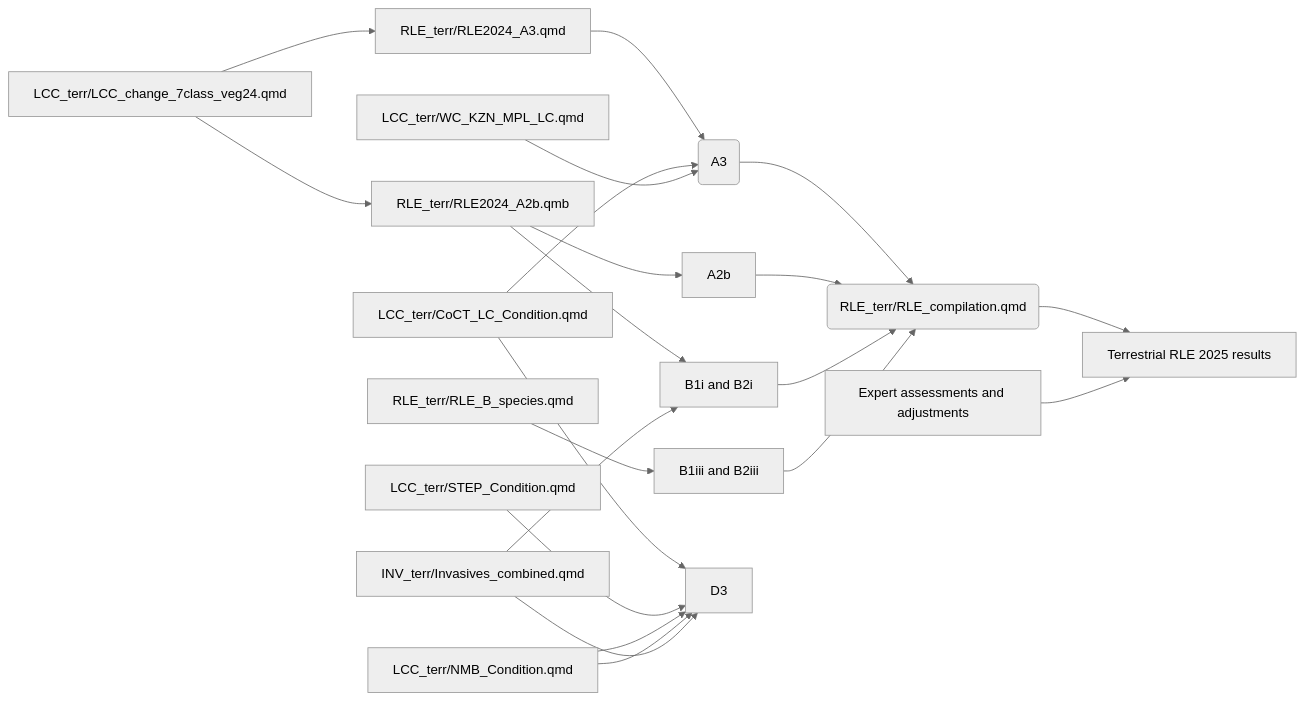
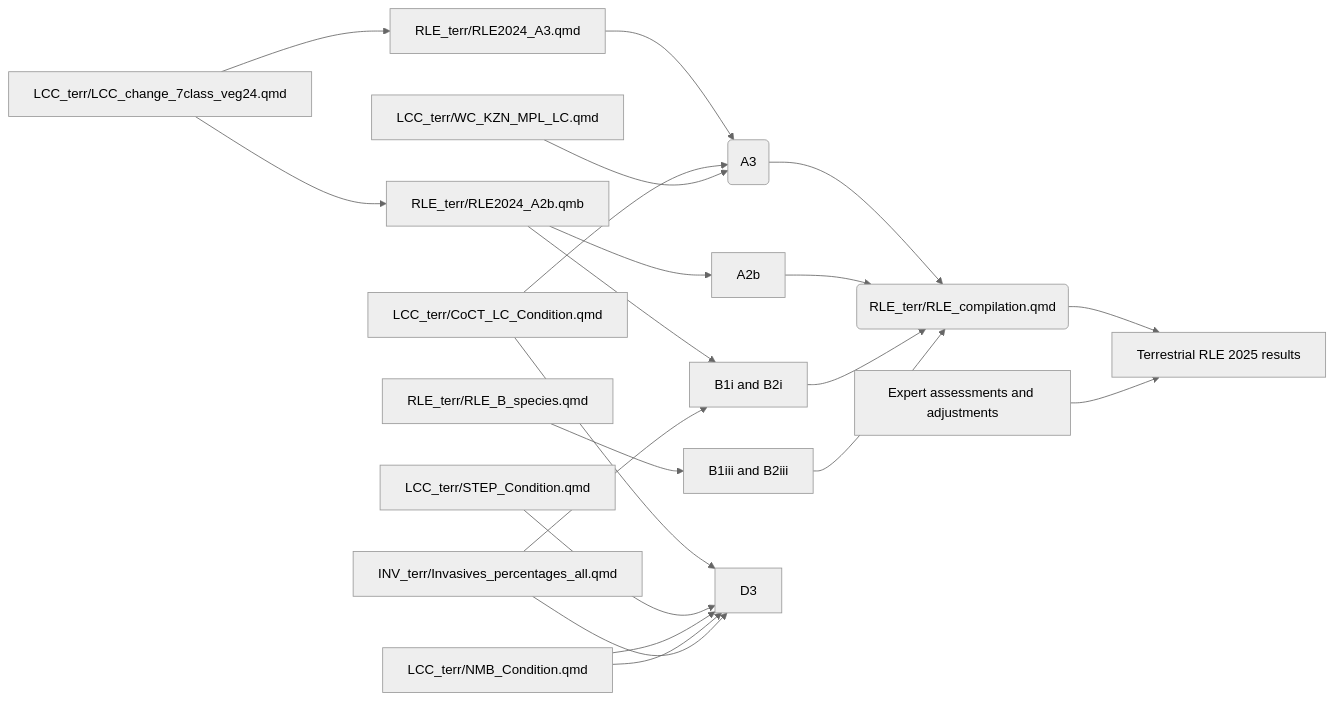
The diagram in README.md (askowno/RLE_terr), drawn with Mermaid (neutral theme) before and after one commit. The commit also changed other lines of this file and 1 other file, not shown here.

````diff
--- a/README.md
+++ b/README.md
@@ -17,16 +17,16 @@
 ``` mermaid
 flowchart LR; 
 A[LCC_terr/LCC_change_7class_veg24.qmd] --> B[RLE_terr/RLE2024_A3.qmd] --> C(A3) --> D(RLE_terr/RLE_compilation.qmd) --> E[Terrestrial RLE 2025 results]; 
 A --> F[RLE_terr/RLE2024_A2b.qmb] --> G[A2b] --> D; 
 F--> H[B1i and B2i] --> D ;
 I[RLE_terr/RLE_B_species.qmd] --> J[B1iii and B2iii] --> D ;
 K[LCC_terr/CoCT_LC_Condition.qmd] --> C; 
 K --> N ;
 L[LCC_terr/WC_KZN_MPL_LC.qmd] --> C; 
 M[LCC_terr/STEP_Condition.qmd] --> N[D3]; 
 O[LCC_terr/LittleKaroo_deg.qmd] --> N; 
 O[LCC_terr/NMB_Condition.qmd] --> N; 
 P[Expert assessments and adjustments] --> E; 
-Q[INV_terr/Invasives_combined.qmd] --> H;
+Q[INV_terr/Invasives_percentages_all.qmd] --> H;
 Q --> N;
 ```
````
